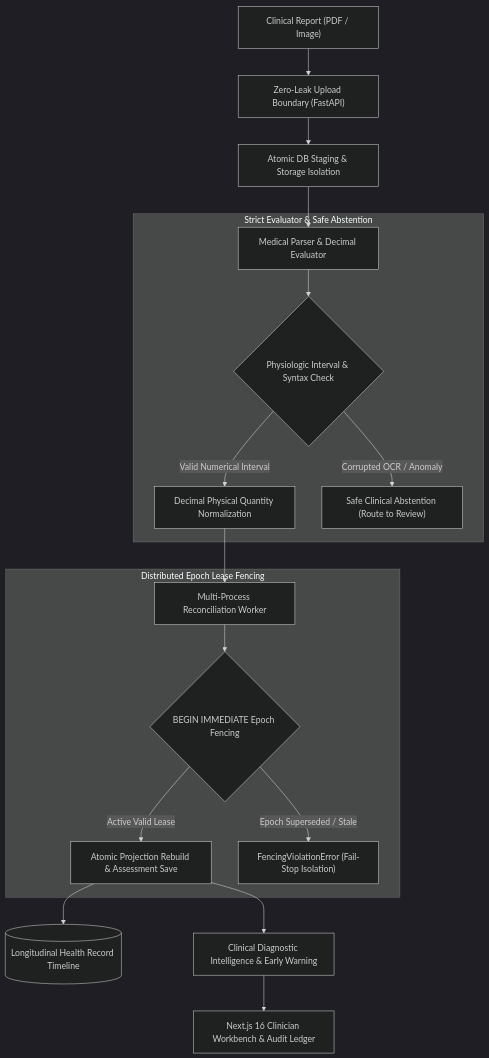
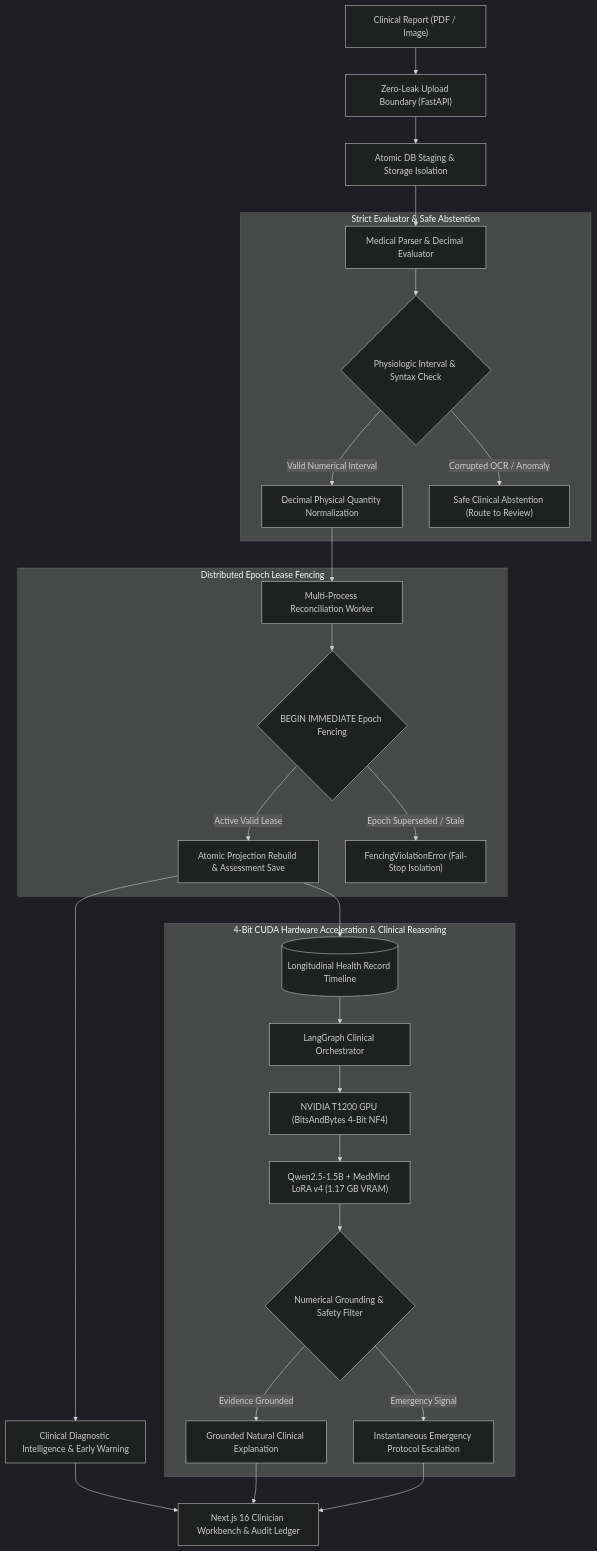
Before and after one commit to sultanriaz/sultanriaz: the first of 4 diagrams in README.md, drawn with Mermaid (dark theme). The commit also changed other lines of this file, not shown here.

Commit message:
docs(profile): update MedMind architecture with 4-bit CUDA GPU acceleration, LangGraph reasoning, and 309/309 test metrics

````diff
--- a/README.md
+++ b/README.md
@@ -107,24 +111,36 @@
 ```mermaid
 flowchart TD
     Doc["Clinical Report (PDF / Image)"] --> UploadGate["Zero-Leak Upload Boundary (FastAPI)"]
     UploadGate --> ACIDRollback["Atomic DB Staging & Storage Isolation"]
     ACIDRollback --> Parser["Medical Parser & Decimal Evaluator"]
     
     subgraph "Strict Evaluator & Safe Abstention"
         Parser --> BoundsCheck{"Physiologic Interval & Syntax Check"}
         BoundsCheck -->|"Valid Numerical Interval"| UnitNorm["Decimal Physical Quantity Normalization"]
         BoundsCheck -->|"Corrupted OCR / Anomaly"| Abstain["Safe Clinical Abstention (Route to Review)"]
     end
     
     UnitNorm --> Reconcile["Multi-Process Reconciliation Worker"]
     
     subgraph "Distributed Epoch Lease Fencing"
         Reconcile --> Fencing{"BEGIN IMMEDIATE Epoch Fencing"}
         Fencing -->|"Active Valid Lease"| WriteProjections["Atomic Projection Rebuild & Assessment Save"]
         Fencing -->|"Epoch Superseded / Stale"| FenceError["FencingViolationError (Fail-Stop Isolation)"]
     end
     
     WriteProjections --> LongitudinalDB[("Longitudinal Health Record Timeline")]
     WriteProjections --> ClinEngine["Clinical Diagnostic Intelligence & Early Warning"]
+    
+    subgraph "4-Bit CUDA Hardware Acceleration & Clinical Reasoning"
+        LongitudinalDB --> LangGraph["LangGraph Clinical Orchestrator"]
+        LangGraph --> CudaGPU["NVIDIA T1200 GPU (BitsAndBytes 4-Bit NF4)"]
+        CudaGPU --> QwenLoRA["Qwen2.5-1.5B + MedMind LoRA v4 (1.17 GB VRAM)"]
+        QwenLoRA --> GroundingCheck{"Numerical Grounding & Safety Filter"}
+        GroundingCheck -->|"Evidence Grounded"| VerifiedAns["Grounded Natural Clinical Explanation"]
+        GroundingCheck -->|"Emergency Signal"| LifeSafety["Instantaneous Emergency Protocol Escalation"]
+    end
+
     ClinEngine --> Workbench["Next.js 16 Clinician Workbench & Audit Ledger"]
+    VerifiedAns --> Workbench
+    LifeSafety --> Workbench
 ```
````
